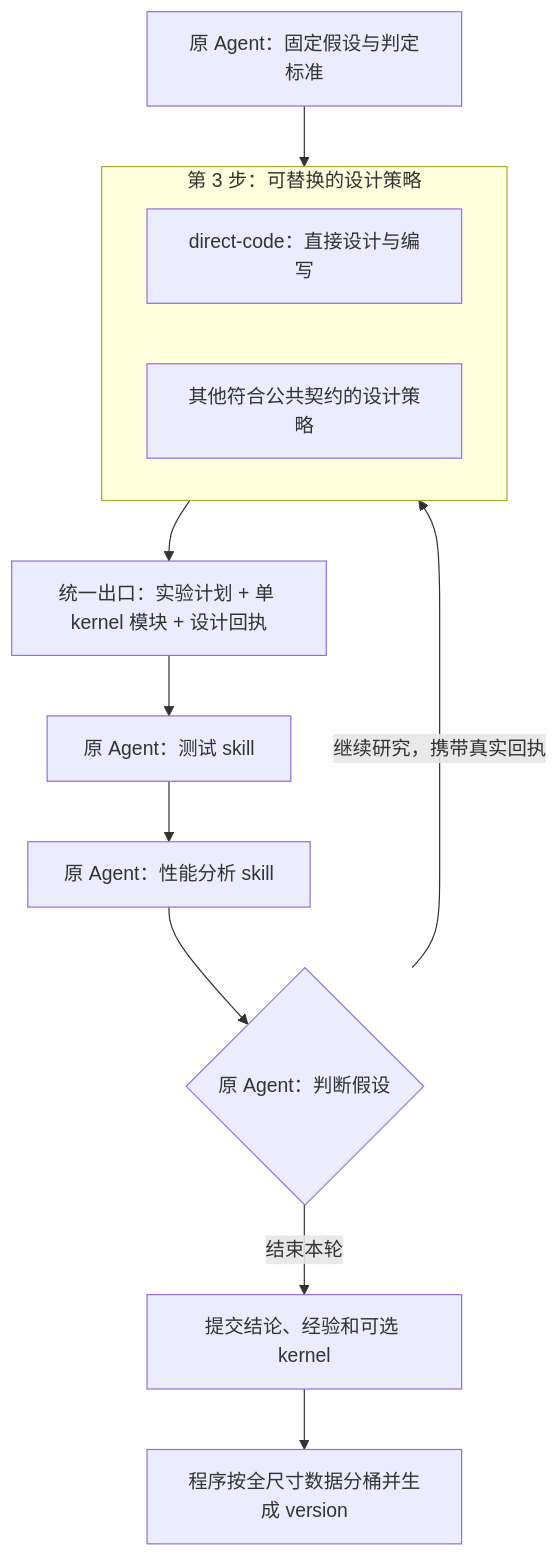
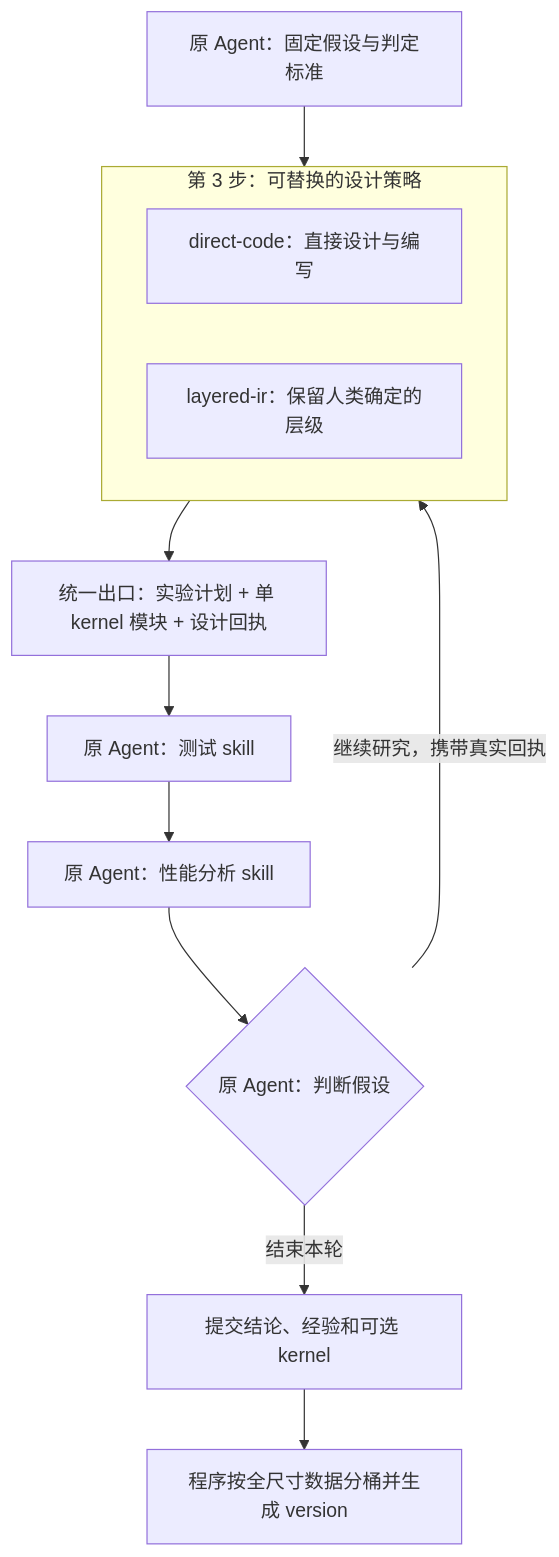
The first of 2 diagrams in docs/plans/2026-09-25-pluggable-kernel-design-step.md (KDZZZZZZ/meteor), drawn with Mermaid before and after one commit. The commit also changed other lines of this file and 4 other files, not shown here.

````diff
--- a/docs/plans/2026-09-25-pluggable-kernel-design-step.md
+++ b/docs/plans/2026-09-25-pluggable-kernel-design-step.md
@@ -11,15 +11,15 @@
 ```mermaid
 flowchart TD
     H[原 Agent：固定假设与判定标准] --> P
     subgraph P[第 3 步：可替换的设计策略]
         D[direct-code：直接设计与编写]
-        L[其他符合公共契约的设计策略]
+        L[layered-ir：保留人类确定的层级]
     end
     P --> O[统一出口：实验计划 + 单 kernel 模块 + 设计回执]
     O --> T[原 Agent：测试 skill]
     T --> A[原 Agent：性能分析 skill]
     A --> Q{原 Agent：判断假设}
     Q -->|继续研究，携带真实回执| P
     Q -->|结束本轮| S[提交结论、经验和可选 kernel]
     S --> V[程序按全尺寸数据分桶并生成 version]
 ```
````
